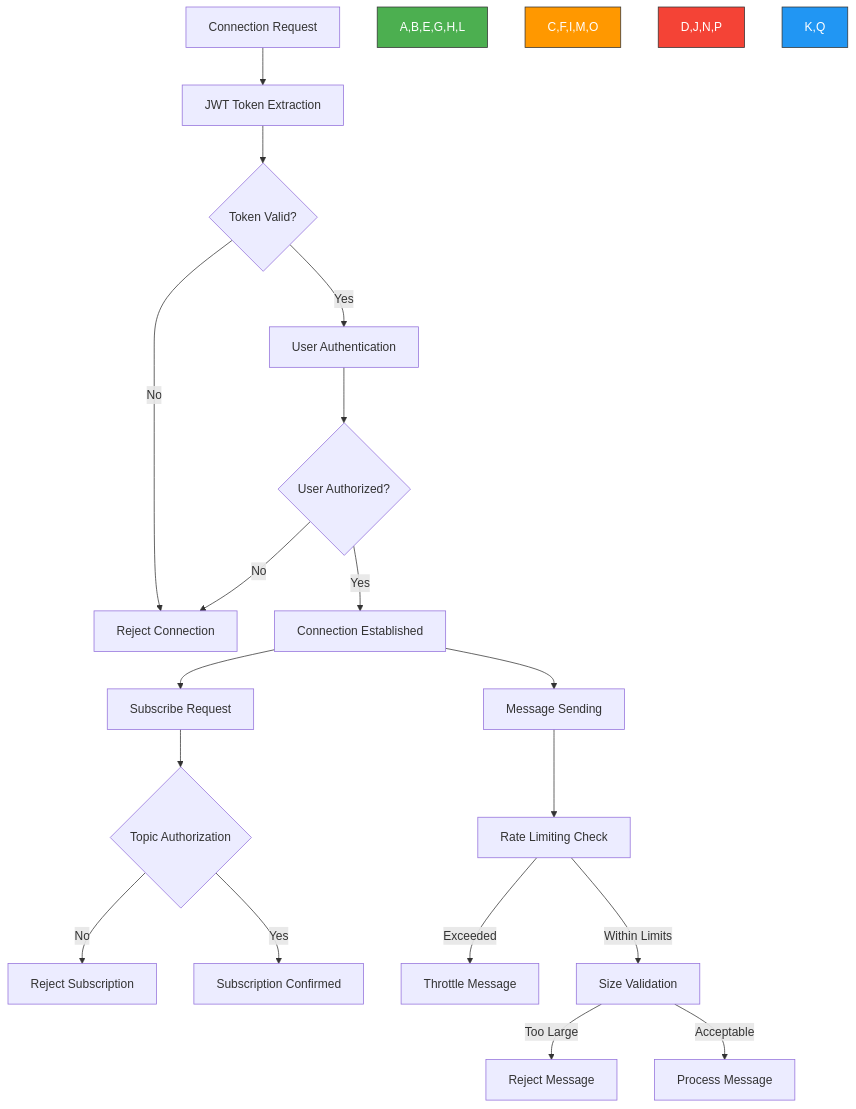
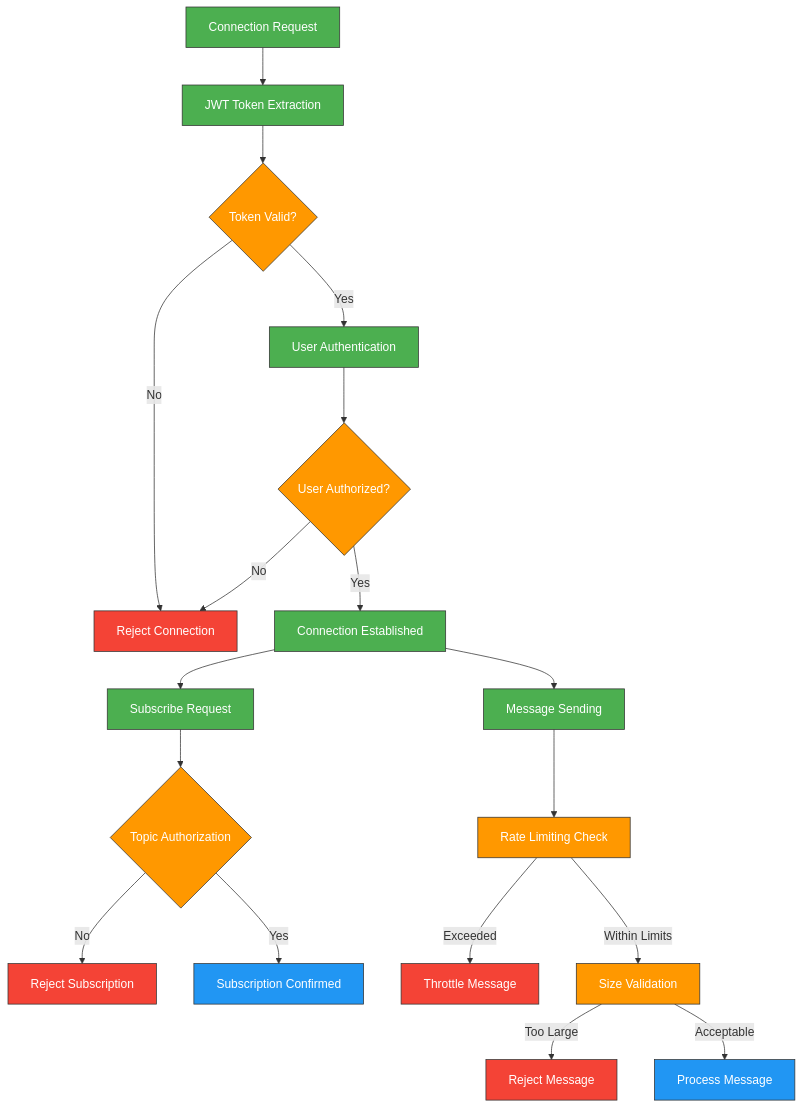
Before and after one commit to TuPhung369/Haaga_Backend_Programming: the fifth of 8 diagrams in TuPhung_Docs/docs/backend/websockets.md, drawn with Mermaid. The commit also changed other lines of this file and 25 other files, not shown here.

````diff
--- a/TuPhung_Docs/docs/backend/websockets.md
+++ b/TuPhung_Docs/docs/backend/websockets.md
@@ -166,30 +176,35 @@
 ```mermaid
 flowchart TD
     A[Connection Request] --> B[JWT Token Extraction]
     B --> C{Token Valid?}
-    
+
     C -->|No| D[Reject Connection]
     C -->|Yes| E[User Authentication]
-    
+
     E --> F{User Authorized?}
     F -->|No| D
     F -->|Yes| G[Connection Established]
-    
+
     G --> H[Subscribe Request]
     H --> I{Topic Authorization}
     I -->|No| J[Reject Subscription]
     I -->|Yes| K[Subscription Confirmed]
-    
+
     G --> L[Message Sending]
     L --> M[Rate Limiting Check]
     M -->|Exceeded| N[Throttle Message]
     M -->|Within Limits| O[Size Validation]
-    
+
     O -->|Too Large| P[Reject Message]
     O -->|Acceptable| Q[Process Message]
-    
-    style A,B,E,G,H,L fill:#4CAF50,stroke:#333,stroke-width:1px,color:#fff
-    style C,F,I,M,O fill:#FF9800,stroke:#333,stroke-width:1px,color:#fff
-    style D,J,N,P fill:#F44336,stroke:#333,stroke-width:1px,color:#fff
-    style K,Q fill:#2196F3,stroke:#333,stroke-width:1px,color:#fff
+
+    classDef actions fill:#4CAF50,stroke:#333,stroke-width:1px,color:#fff
+    classDef checks fill:#FF9800,stroke:#333,stroke-width:1px,color:#fff
+    classDef rejections fill:#F44336,stroke:#333,stroke-width:1px,color:#fff
+    classDef successes fill:#2196F3,stroke:#333,stroke-width:1px,color:#fff
+
+    class A,B,E,G,H,L actions
+    class C,F,I,M,O checks
+    class D,J,N,P rejections
+    class K,Q successes
 ```
````
